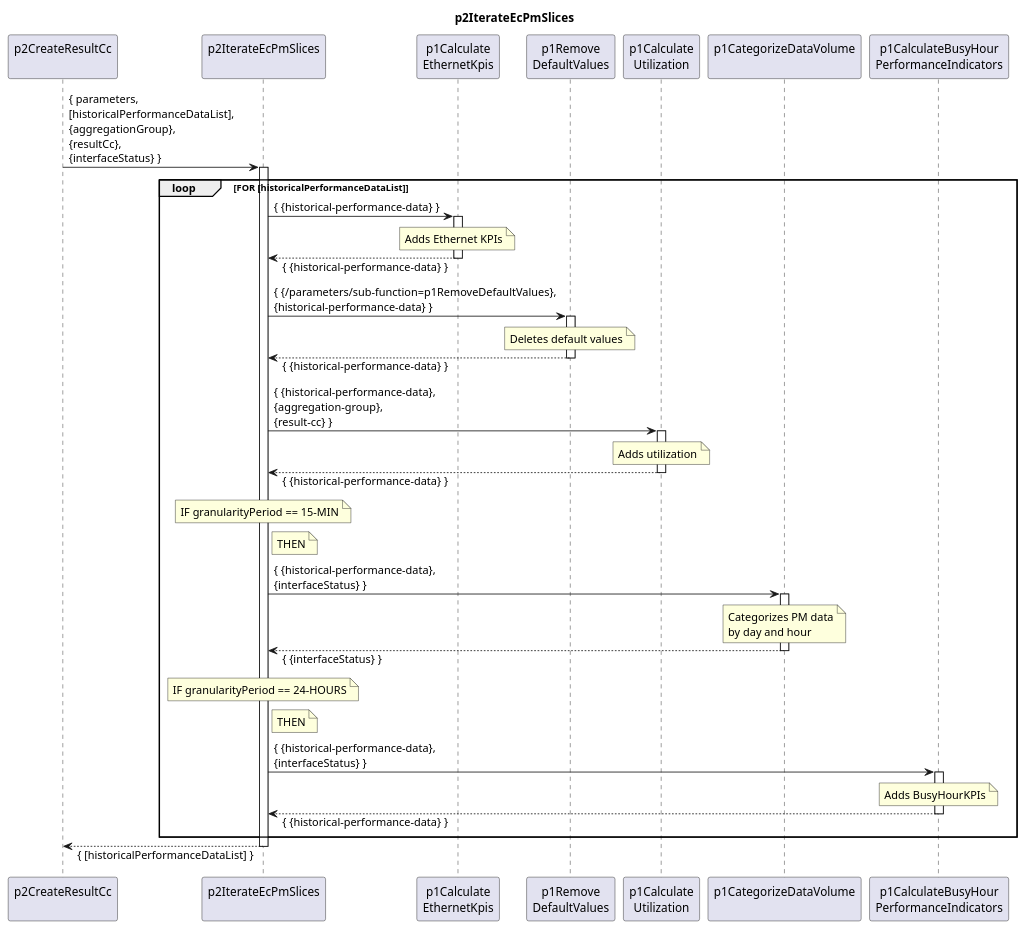
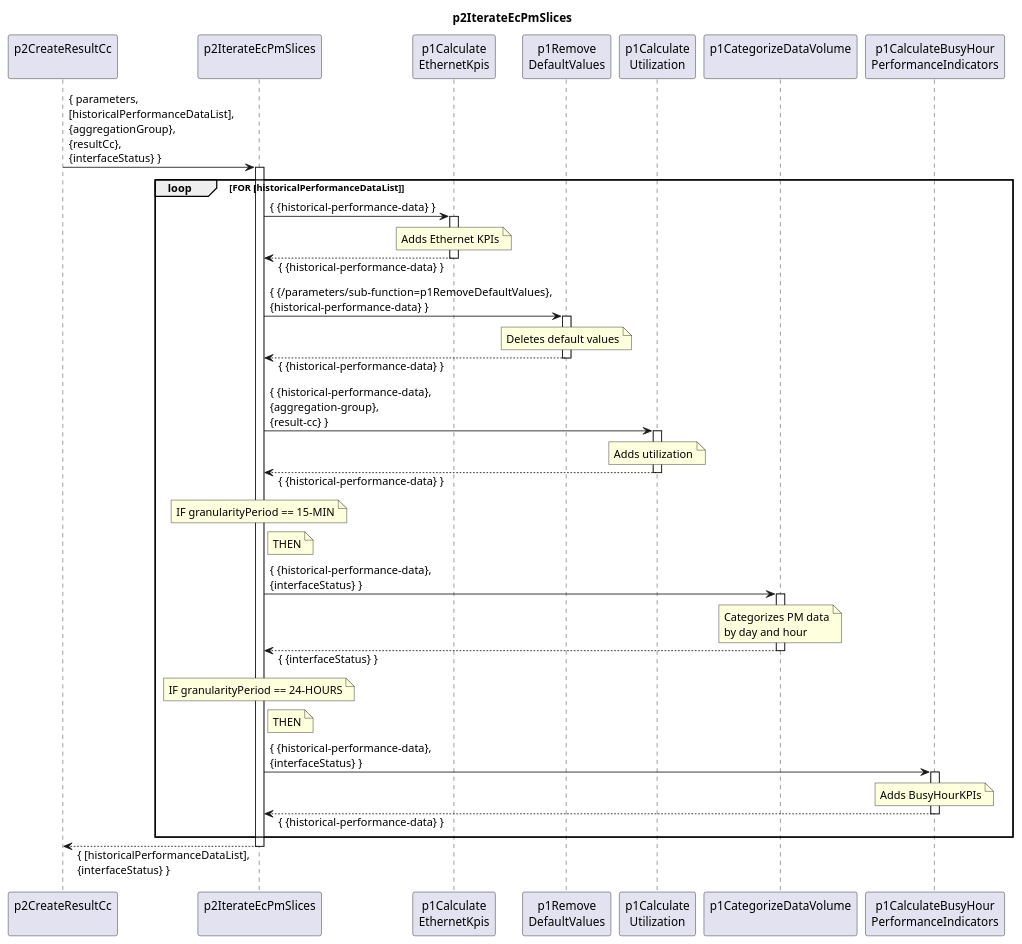
Before and after one commit to openBackhaul/DevicePerformanceManagementDataProcessor: the diagram in spec/Functions/p1StreamPmData/p2ProcessDevice/p2CreateResultCc/p2IterateEcPmSlices/1.0.0/p2IterateEcPmSlices.plantuml, drawn with PlantUML. The commit also changed 2 other files, not shown here.

Commit message:
Fix glitches at p2IterateEcPmSlices plantuml and readme

```diff
--- a/spec/Functions/p1StreamPmData/p2ProcessDevice/p2CreateResultCc/p2IterateEcPmSlices/1.0.0/p2IterateEcPmSlices.plantuml
+++ b/spec/Functions/p1StreamPmData/p2ProcessDevice/p2CreateResultCc/p2IterateEcPmSlices/1.0.0/p2IterateEcPmSlices.plantuml
@@ -1,86 +1,86 @@
 @startuml p2IterateEcPmSlices
 skinparam responseMessageBelowArrow true
 
 title
   p2IterateEcPmSlices
 end title
 
 participant "p2CreateResultCc\n" as cur
 
 participant "p2IterateEcPmSlices\n" as iterateSlices
 participant "p1Calculate\nEthernetKpis" as intCC
 participant "p1Remove\nDefaultValues" as p1RemDefault
 participant "p1Calculate\nUtilization" as p1CalcUtil
 participant "p1CategorizeDataVolume\n" as p1CatDataVo
 participant "p1CalculateBusyHour\nPerformanceIndicators" as p1CalcBH
 
 cur -> iterateSlices : { parameters,\n[historicalPerformanceDataList],\n{aggregationGroup},\n{resultCc},\n{interfaceStatus} }
 activate iterateSlices
 
   loop FOR [historicalPerformanceDataList]
 
     iterateSlices -> intCC : { {historical-performance-data} }
     activate intCC
       note over intCC
         Adds Ethernet KPIs
       end note
     iterateSlices <-- intCC: { {historical-performance-data} }
     deactivate intCC
 
     iterateSlices -> p1RemDefault : { {/parameters/sub-function=p1RemoveDefaultValues},\n{historical-performance-data} }
     activate p1RemDefault
       note over p1RemDefault
         Deletes default values
       end note
     iterateSlices <-- p1RemDefault: { {historical-performance-data} }
     deactivate p1RemDefault
 
     iterateSlices -> p1CalcUtil : { {historical-performance-data},\n{aggregation-group},\n{result-cc} }
     activate p1CalcUtil
       note over p1CalcUtil
         Adds utilization
       end note
     iterateSlices <-- p1CalcUtil: { {historical-performance-data} }
     deactivate p1CalcUtil
 
     note over iterateSlices
       IF granularityPeriod == 15-MIN
     end note
 
     note right iterateSlices
       THEN
     end note
 
     iterateSlices -> p1CatDataVo : { {historical-performance-data},\n{interfaceStatus} }
     activate p1CatDataVo
       note over p1CatDataVo
         Categorizes PM data
         by day and hour
       end note
     iterateSlices <-- p1CatDataVo: { {interfaceStatus} }
     deactivate p1CatDataVo
 
     note over iterateSlices
       IF granularityPeriod == 24-HOURS
     end note
 
     note right iterateSlices
       THEN
     end note
 
     iterateSlices -> p1CalcBH : { {historical-performance-data},\n{interfaceStatus} }
     activate p1CalcBH
       note over p1CalcBH
         Adds BusyHourKPIs
       end note
     iterateSlices <-- p1CalcBH: { {historical-performance-data} }
     deactivate p1CalcBH
 
   end loop
 
-cur <-- iterateSlices : { [historicalPerformanceDataList] }
+cur <-- iterateSlices : { [historicalPerformanceDataList],\n{interfaceStatus} }
 deactivate iterateSlices
 
 deactivate cur
 
 @enduml
```
